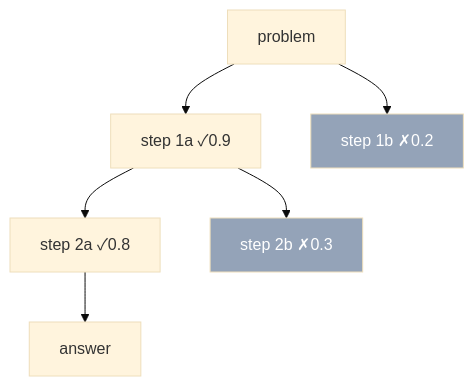
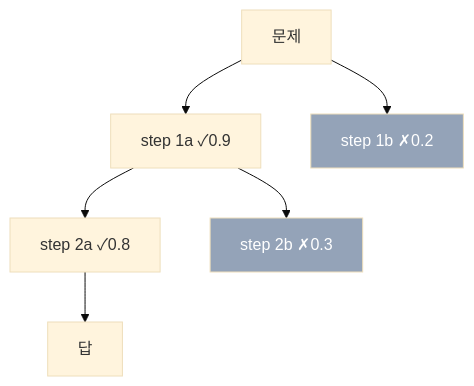
One commit to beomyoung-kim/ml_study changed the second of 3 diagrams in content/llm/reasoning.ko.md. Above: the diagram before and after it, drawn with Mermaid (base theme). The commit also changed other lines of this file and 209 other files, not shown here.

````diff
--- a/content/llm/reasoning.ko.md
+++ b/content/llm/reasoning.ko.md
@@ -83,10 +183,10 @@
 ```mermaid
 flowchart TB
-  R["problem"] --> S1a["step 1a ✓0.9"]
+  R["문제"] --> S1a["step 1a ✓0.9"]
   R --> S1b["step 1b ✗0.2"]
   S1a --> S2a["step 2a ✓0.8"]
   S1a --> S2b["step 2b ✗0.3"]
-  S2a --> Ans["answer"]
+  S2a --> Ans["답"]
   style S1b fill:#94a3b8,color:#fff
   style S2b fill:#94a3b8,color:#fff
 ```
````
